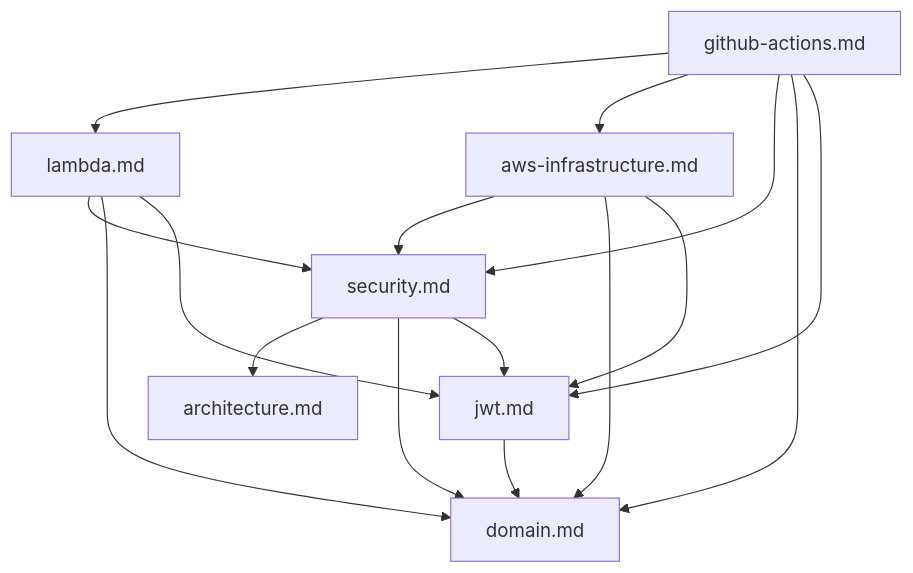
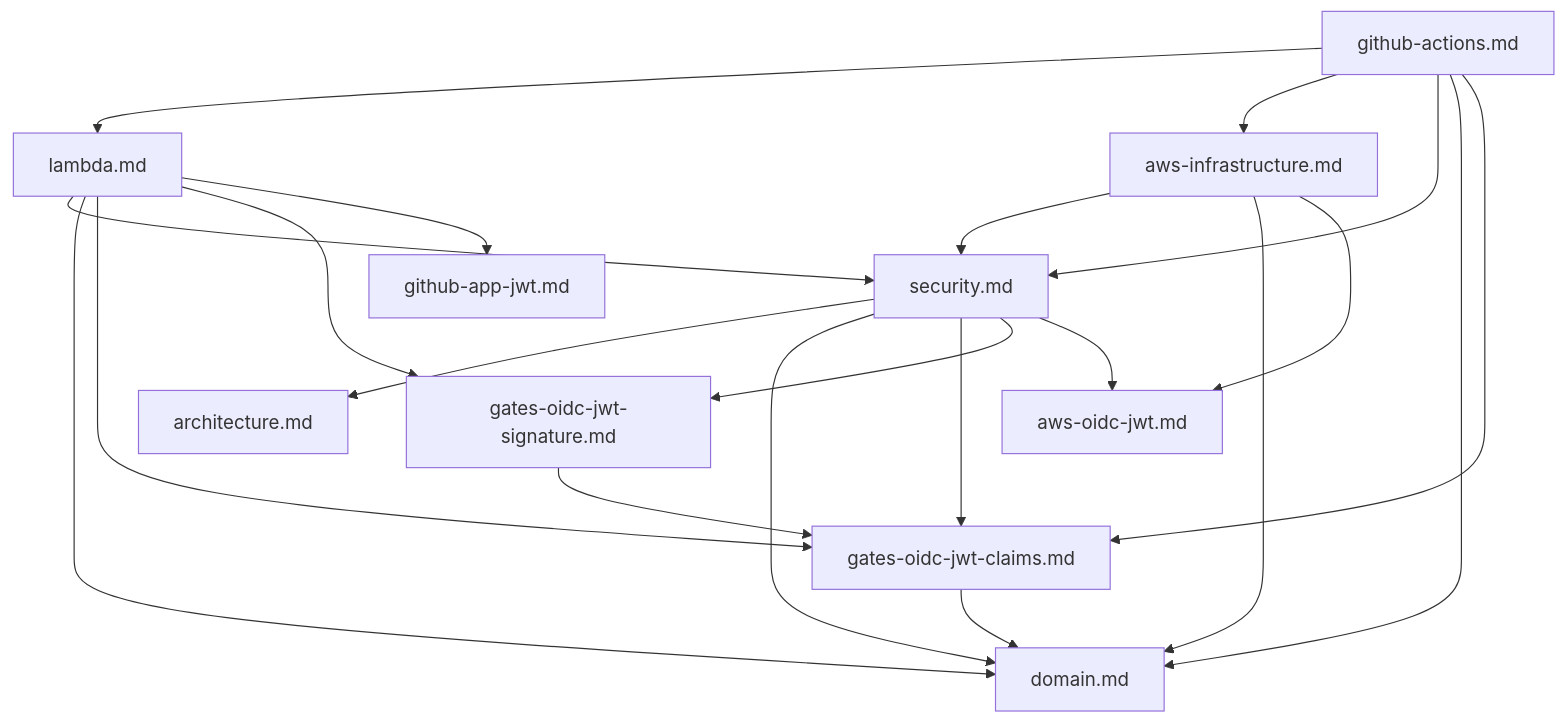
The second of 2 diagrams in docs/contributing/docs-policy.md (tmknom/gates), drawn with Mermaid before and after one commit. The commit also changed other lines of this file and 36 other files, not shown here.

````diff
--- a/docs/contributing/docs-policy.md
+++ b/docs/contributing/docs-policy.md
@@ -119,18 +122,23 @@
 ```mermaid
 flowchart TD
     actions["github-actions.md"] --> lambda["lambda.md"]
     actions --> infra["aws-infrastructure.md"]
     actions --> security["security.md"]
     lambda --> security
     infra --> security
     security --> architecture["architecture.md"]
     lambda --> domain["domain.md"]
     security --> domain
     actions --> domain
     infra --> domain
-    lambda --> jwt["jwt.md"]
-    infra --> jwt
-    security --> jwt
-    actions --> jwt
-    jwt --> domain
+    lambda --> claims["gates-oidc-jwt-claims.md"]
+    lambda --> signature["gates-oidc-jwt-signature.md"]
+    lambda --> app["github-app-jwt.md"]
+    security --> claims
+    security --> signature
+    security --> aws["aws-oidc-jwt.md"]
+    infra --> aws
+    actions --> claims
+    signature --> claims
+    claims --> domain
 ```
````
